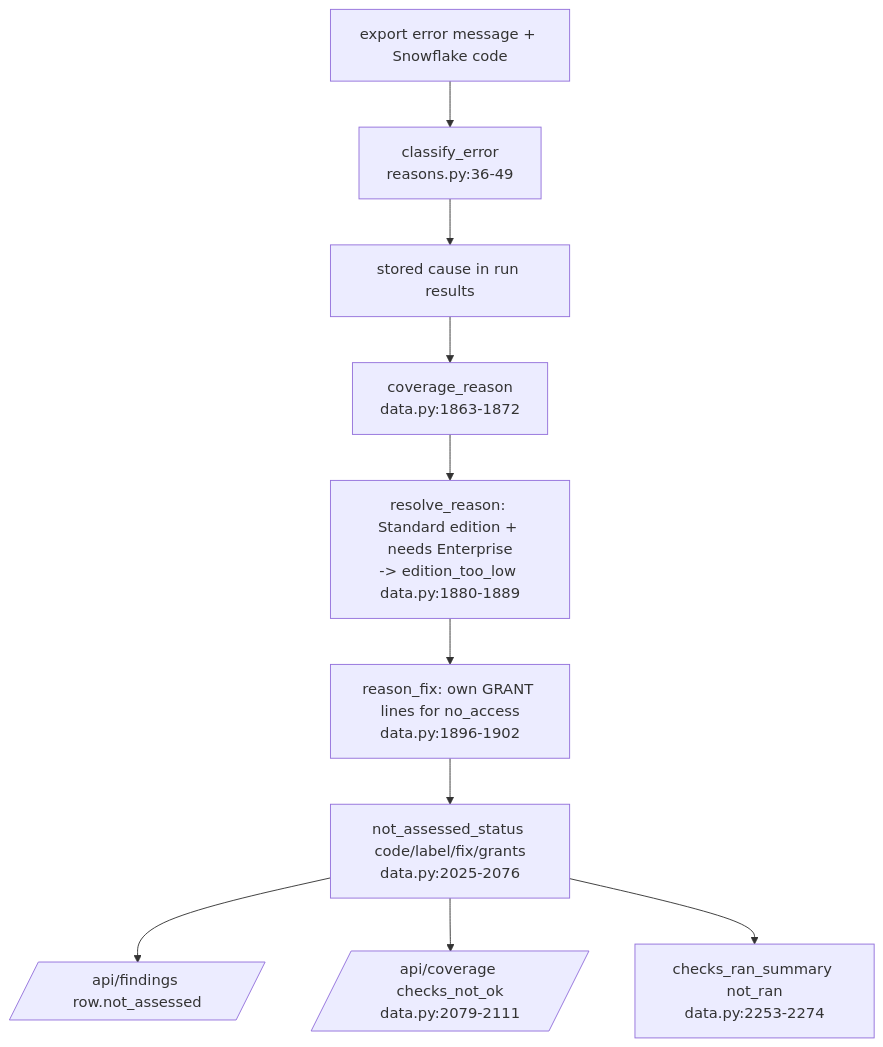
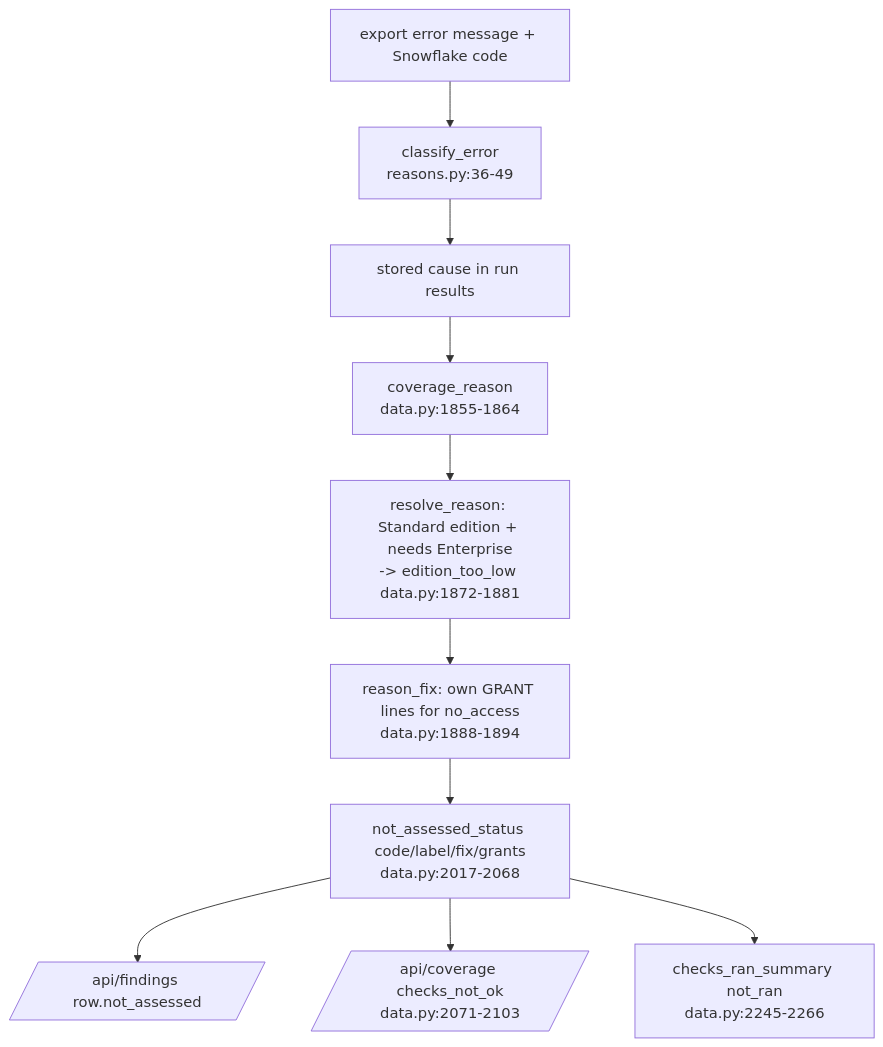
One commit to darshanmeel/snowflake-audit-app changed the diagram in snowflake-audit-app-knowledge-graph/logic/status-and-reasons.md. Above: the diagram before and after it, drawn with Mermaid. The commit also changed other lines of this file and 191 other files, not shown here.

First line of the commit message:
Fix remaining review findings; update graph and docs

````diff
--- a/snowflake-audit-app-knowledge-graph/logic/status-and-reasons.md
+++ b/snowflake-audit-app-knowledge-graph/logic/status-and-reasons.md
@@ -5,12 +5,12 @@
 ```mermaid
 flowchart TD
   ERR[export error message + Snowflake code] --> CE[classify_error<br/>reasons.py:36-49]
   CE --> STORED[stored cause in run results]
-  STORED --> CR[coverage_reason<br/>data.py:1863-1872]
-  CR --> RR[resolve_reason: Standard edition + needs Enterprise<br/>-> edition_too_low data.py:1880-1889]
-  RR --> FIX[reason_fix: own GRANT lines for no_access<br/>data.py:1896-1902]
-  FIX --> NA[not_assessed_status code/label/fix/grants<br/>data.py:2025-2076]
+  STORED --> CR[coverage_reason<br/>data.py:1855-1864]
+  CR --> RR[resolve_reason: Standard edition + needs Enterprise<br/>-> edition_too_low data.py:1872-1881]
+  RR --> FIX[reason_fix: own GRANT lines for no_access<br/>data.py:1888-1894]
+  FIX --> NA[not_assessed_status code/label/fix/grants<br/>data.py:2017-2068]
   NA --> F[/api/findings row.not_assessed/]
-  NA --> C[/api/coverage checks_not_ok<br/>data.py:2079-2111/]
-  NA --> R[checks_ran_summary not_ran<br/>data.py:2253-2274]
+  NA --> C[/api/coverage checks_not_ok<br/>data.py:2071-2103/]
+  NA --> R[checks_ran_summary not_ran<br/>data.py:2245-2266]
 ```
````
